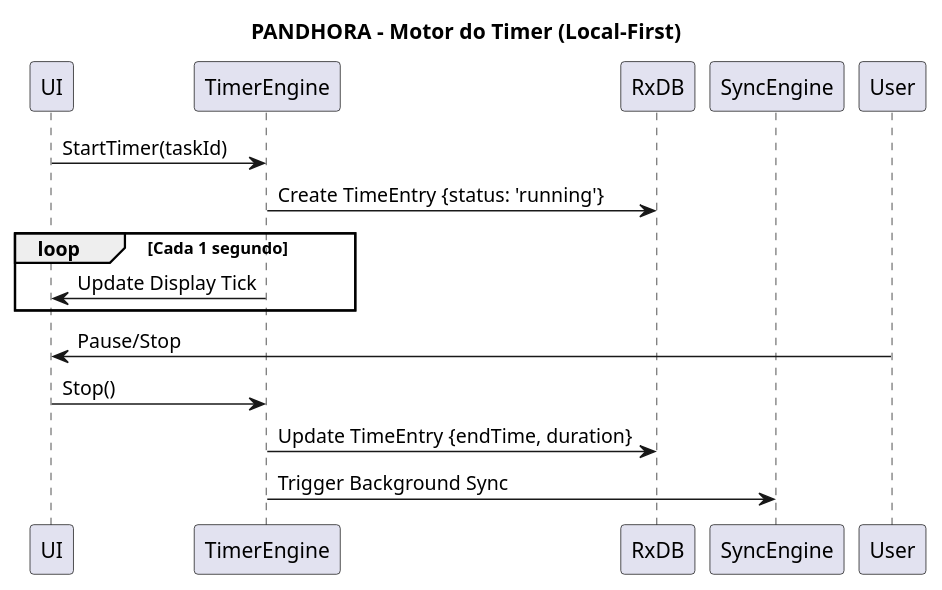
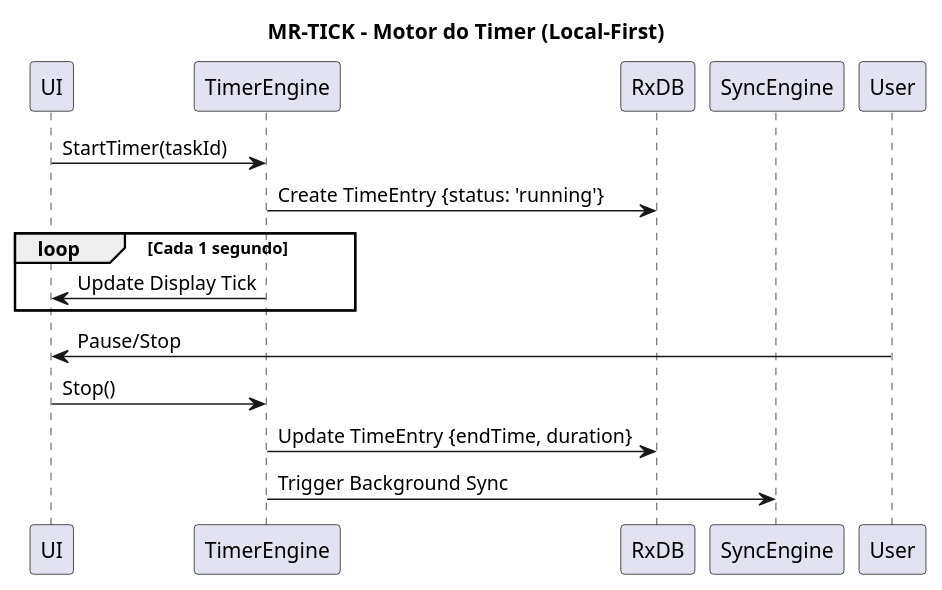
One commit to Gustavohps10/gamhora changed the diagram in docs/srs/diagrams/puml/flow/diagram-flow-001-timer.puml. Above: the diagram before and after it, drawn with PlantUML. The commit also changed 329 other files, not shown here.

```diff
--- a/docs/srs/diagrams/puml/flow/diagram-flow-001-timer.puml
+++ b/docs/srs/diagrams/puml/flow/diagram-flow-001-timer.puml
@@ -1,17 +1,17 @@
 @startuml TimerFlow
-title PANDHORA - Motor do Timer (Local-First)
+title MR-TICK - Motor do Timer (Local-First)
 participant UI
 participant TimerEngine
 participant RxDB
 participant SyncEngine
 
 UI -> TimerEngine: StartTimer(taskId)
 TimerEngine -> RxDB: Create TimeEntry {status: 'running'}
 loop Cada 1 segundo
     TimerEngine -> UI: Update Display Tick
 end
 User -> UI: Pause/Stop
 UI -> TimerEngine: Stop()
 TimerEngine -> RxDB: Update TimeEntry {endTime, duration}
 TimerEngine -> SyncEngine: Trigger Background Sync
 @enduml
```
